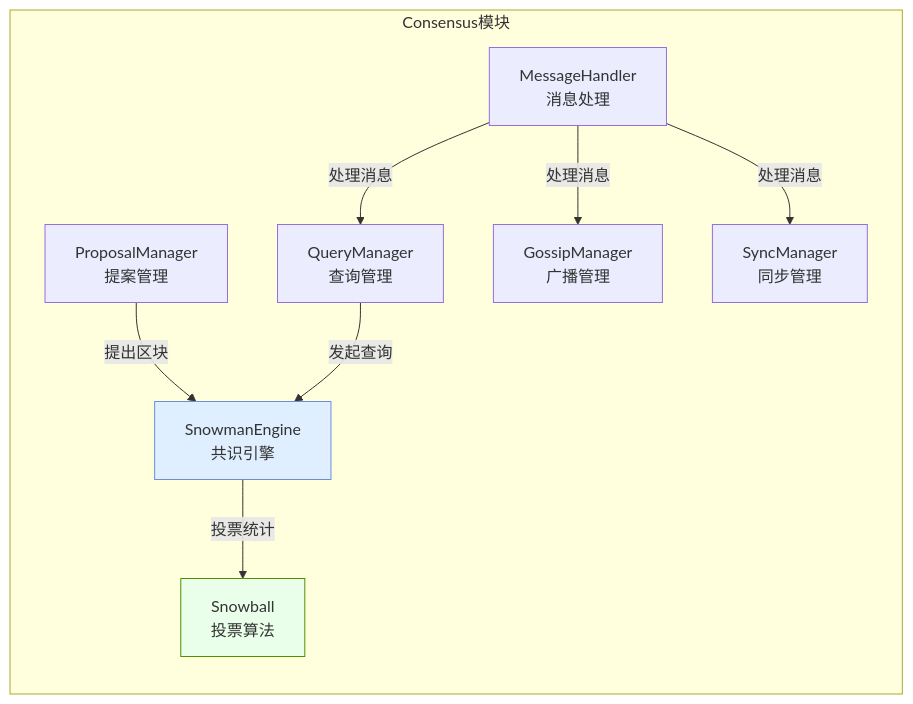
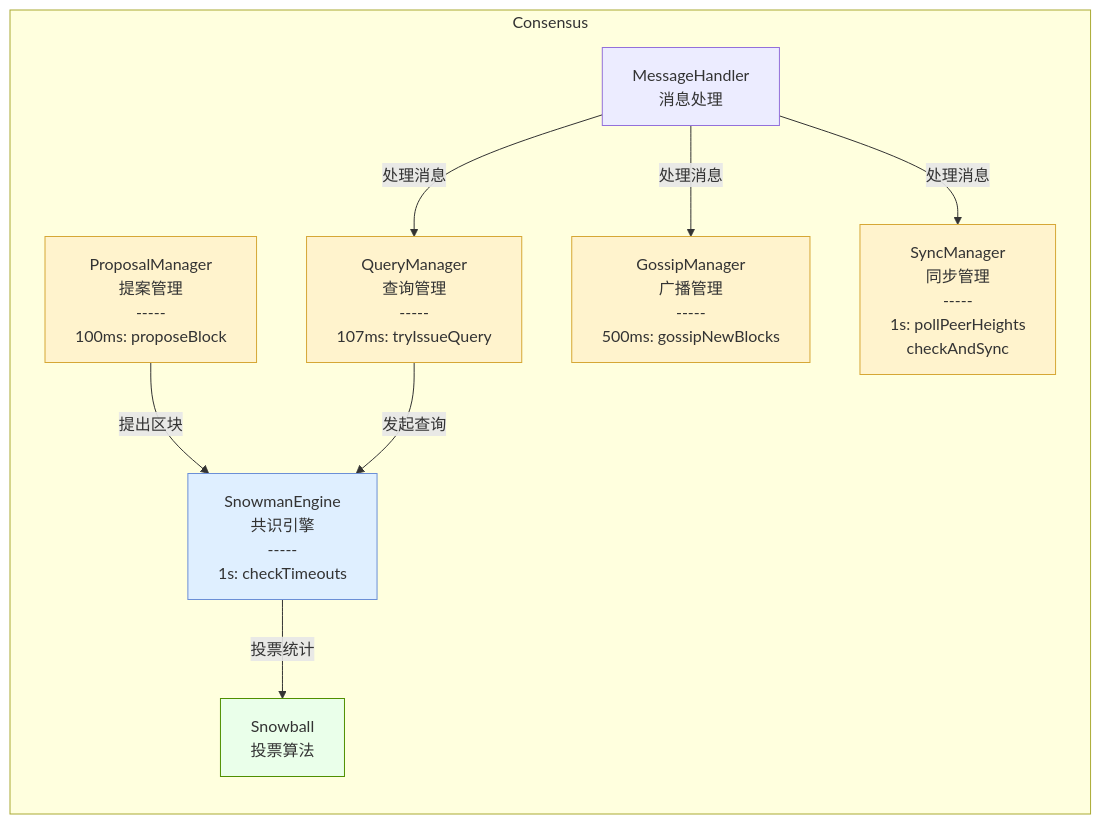
One commit to davidLeeeeeeeeeeee/dex changed the first of 15 diagrams in consensus/design.md. Above: the diagram before and after it, drawn with Mermaid. The commit also changed 24 other files, not shown here.

````diff
--- a/consensus/design.md
+++ b/consensus/design.md
@@ -7,22 +7,26 @@
 ```mermaid
 flowchart LR
-    subgraph Consensus模块
-        SE[SnowmanEngine<br>共识引擎]
-        SB[Snowball<br>投票算法]
-        PM[ProposalManager<br>提案管理]
-        QM[QueryManager<br>查询管理]
-        MH[MessageHandler<br>消息处理]
-        GM[GossipManager<br>广播管理]
-        SM[SyncManager<br>同步管理]
+    subgraph Consensus
+        SE["SnowmanEngine<br/>共识引擎<br/>-----<br/>1s: checkTimeouts"]
+        SB[Snowball<br/>投票算法]
+        PM["ProposalManager<br/>提案管理<br/>-----<br/>100ms: proposeBlock"]
+        QM["QueryManager<br/>查询管理<br/>-----<br/>107ms: tryIssueQuery"]
+        MH[MessageHandler<br/>消息处理]
+        GM["GossipManager<br/>广播管理<br/>-----<br/>500ms: gossipNewBlocks"]
+        SM["SyncManager<br/>同步管理<br/>-----<br/>1s: pollPeerHeights<br/>checkAndSync"]
     end
 
     PM -->|提出区块| SE
     QM -->|发起查询| SE
     SE -->|投票统计| SB
     MH -->|处理消息| QM
     MH -->|处理消息| GM
     MH -->|处理消息| SM
 
     style SE fill:#dfefff,stroke:#6b8fd6
     style SB fill:#eaffea,stroke:#4f8f00
+    style PM fill:#fff3cd,stroke:#d6a735
+    style QM fill:#fff3cd,stroke:#d6a735
+    style GM fill:#fff3cd,stroke:#d6a735
+    style SM fill:#fff3cd,stroke:#d6a735
 ```
````
